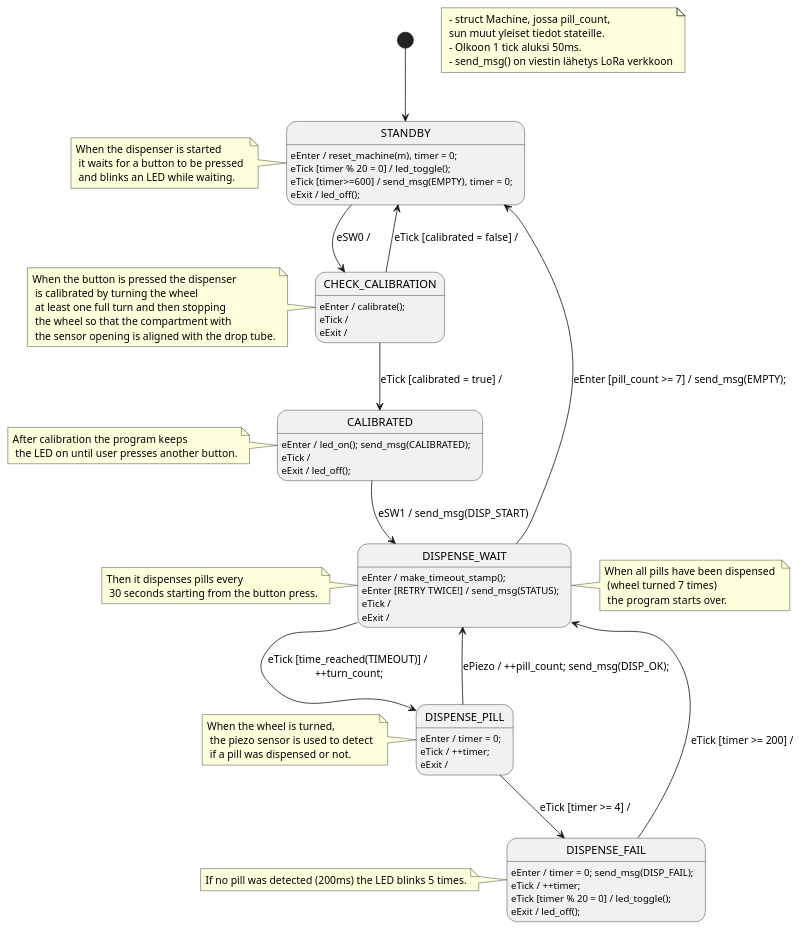
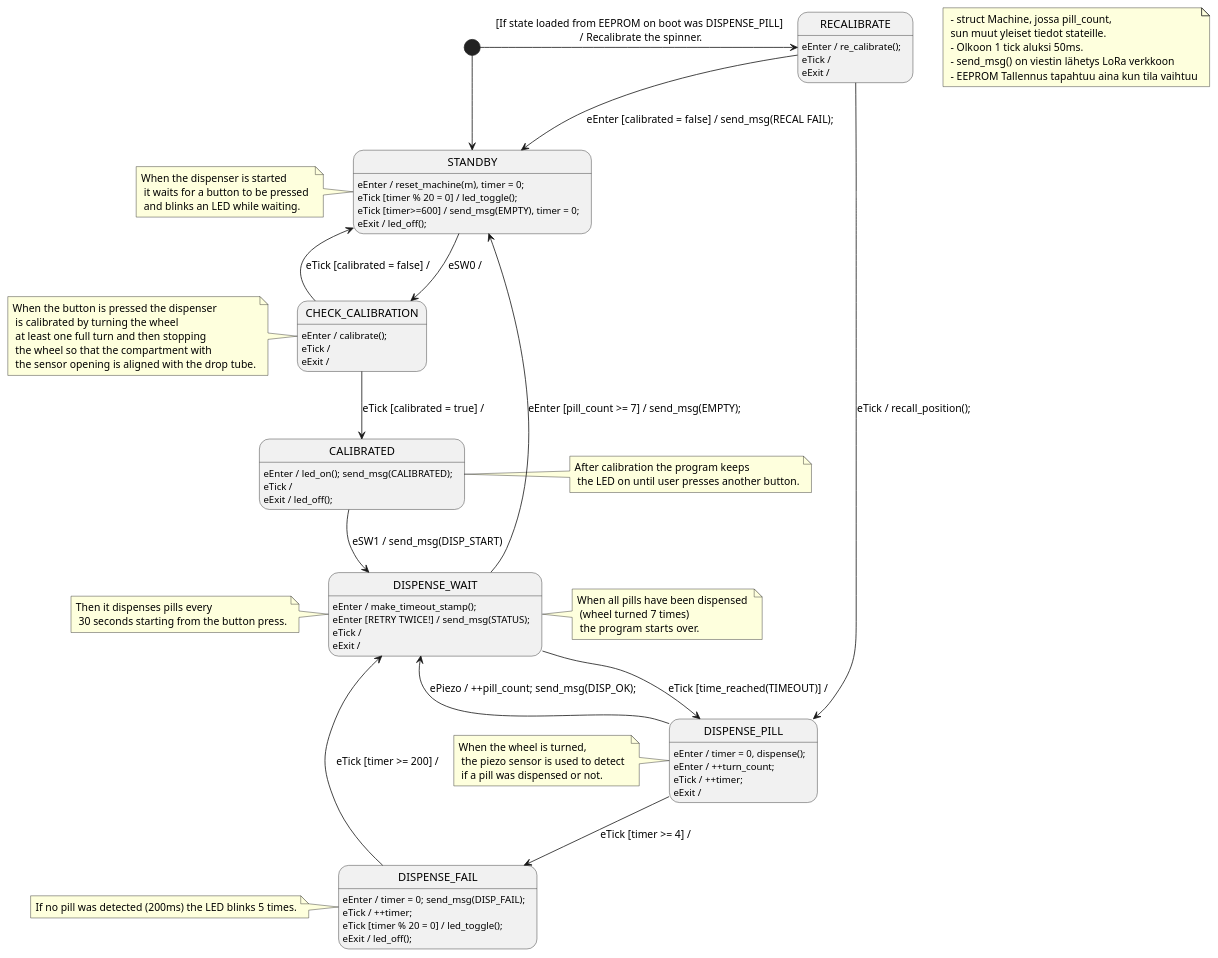
The diagram in minimum_state_diagram.puml (aleksanteril/LAAKKEET), drawn with PlantUML before and after one commit. The commit also changed 1 other file, not shown here.

Commit message:
upd diagram

```diff
--- a/minimum_state_diagram.puml
+++ b/minimum_state_diagram.puml
@@ -1,55 +1,63 @@
 @startuml Minimum State Machine
 
 [*] --> STANDBY
 STANDBY : eEnter / reset_machine(m), timer = 0;
 STANDBY : eTick [timer % 20 = 0] / led_toggle(); 
 STANDBY : eTick [timer>=600] / send_msg(EMPTY), timer = 0;
 STANDBY : eExit / led_off();
 STANDBY --> CHECK_CALIBRATION : eSW0 /
 
+[*] -> RECALIBRATE : [If state loaded from EEPROM on boot was DISPENSE_PILL]\n / Recalibrate the spinner.
+RECALIBRATE : eEnter / re_calibrate();
+RECALIBRATE : eTick /
+RECALIBRATE : eExit /
+RECALIBRATE --> STANDBY : eEnter [calibrated = false] / send_msg(RECAL FAIL);
+RECALIBRATE --> DISPENSE_PILL : eTick / recall_position();
 
-note " - struct Machine, jossa pill_count, \n sun muut yleiset tiedot stateille. \n - Olkoon 1 tick aluksi 50ms.\n - send_msg() on viestin lähetys LoRa verkkoon" as N1
+
+note " - struct Machine, jossa pill_count, \n sun muut yleiset tiedot stateille. \n - Olkoon 1 tick aluksi 50ms.\n - send_msg() on viestin lähetys LoRa verkkoon\n - EEPROM Tallennus tapahtuu aina kun tila vaihtuu" as N1
 note left of STANDBY : When the dispenser is started \n it waits for a button to be pressed \n and blinks an LED while waiting.
 
 CHECK_CALIBRATION : eEnter / calibrate();
 CHECK_CALIBRATION : eTick / 
 CHECK_CALIBRATION : eExit /
 CHECK_CALIBRATION --> STANDBY : eTick [calibrated = false] /
 CHECK_CALIBRATION --> CALIBRATED : eTick [calibrated = true] /
 
 note left of CHECK_CALIBRATION : When the button is pressed the dispenser \n is calibrated by turning the wheel \n at least one full turn and then stopping \n the wheel so that the compartment with \n the sensor opening is aligned with the drop tube.
 
 CALIBRATED : eEnter / led_on(); send_msg(CALIBRATED);
 CALIBRATED : eTick /
 CALIBRATED : eExit / led_off();
 CALIBRATED --> DISPENSE_WAIT : eSW1 / send_msg(DISP_START)
 
 note left of CALIBRATED : After calibration the program keeps \n the LED on until user presses another button.
 
 DISPENSE_WAIT : eEnter / make_timeout_stamp(); 
 DISPENSE_WAIT : eEnter [RETRY TWICE!] / send_msg(STATUS);
 DISPENSE_WAIT : eTick / 
 DISPENSE_WAIT : eExit / 
-DISPENSE_WAIT --> DISPENSE_PILL : eTick [time_reached(TIMEOUT)] / \n++turn_count;
+DISPENSE_WAIT --> DISPENSE_PILL : eTick [time_reached(TIMEOUT)] /
 DISPENSE_WAIT --> STANDBY : eEnter [pill_count >= 7] / send_msg(EMPTY);
 
 note left of DISPENSE_WAIT : Then it dispenses pills every \n 30 seconds starting from the button press.
 note right of DISPENSE_WAIT : When all pills have been dispensed \n (wheel turned 7 times) \n the program starts over.
 
-DISPENSE_PILL : eEnter / timer = 0;
+DISPENSE_PILL : eEnter / timer = 0, dispense();
+DISPENSE_PILL : eEnter / ++turn_count;
 DISPENSE_PILL : eTick / ++timer;
 DISPENSE_PILL : eExit /
 DISPENSE_PILL --> DISPENSE_WAIT : ePiezo / ++pill_count; send_msg(DISP_OK);
 DISPENSE_PILL --> DISPENSE_FAIL : eTick [timer >= 4] /
 
 note left of DISPENSE_PILL : When the wheel is turned, \n the piezo sensor is used to detect \n if a pill was dispensed or not.
 
 DISPENSE_FAIL : eEnter / timer = 0; send_msg(DISP_FAIL);
 DISPENSE_FAIL : eTick / ++timer;
 DISPENSE_FAIL : eTick [timer % 20 = 0] / led_toggle();
 DISPENSE_FAIL : eExit / led_off();
 DISPENSE_FAIL --> DISPENSE_WAIT : eTick [timer >= 200] /
 
 note left of DISPENSE_FAIL : If no pill was detected (200ms) the LED blinks 5 times.
 
 @enduml
```
